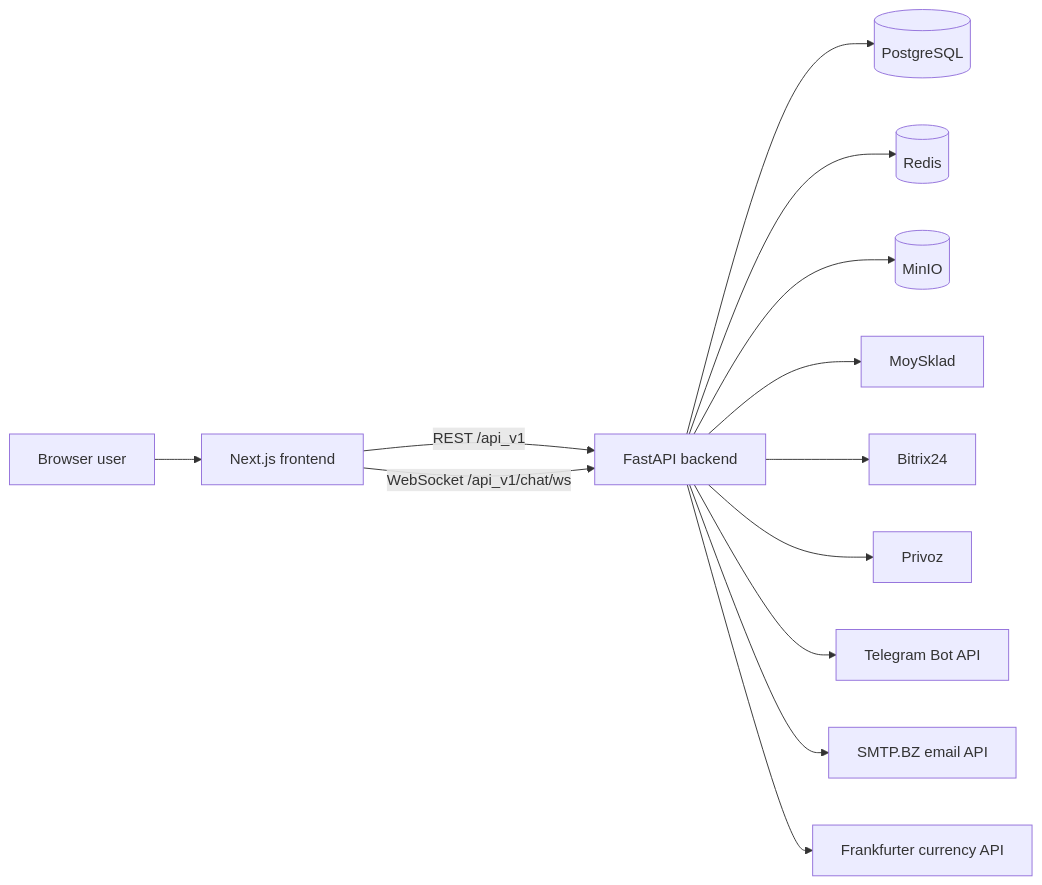
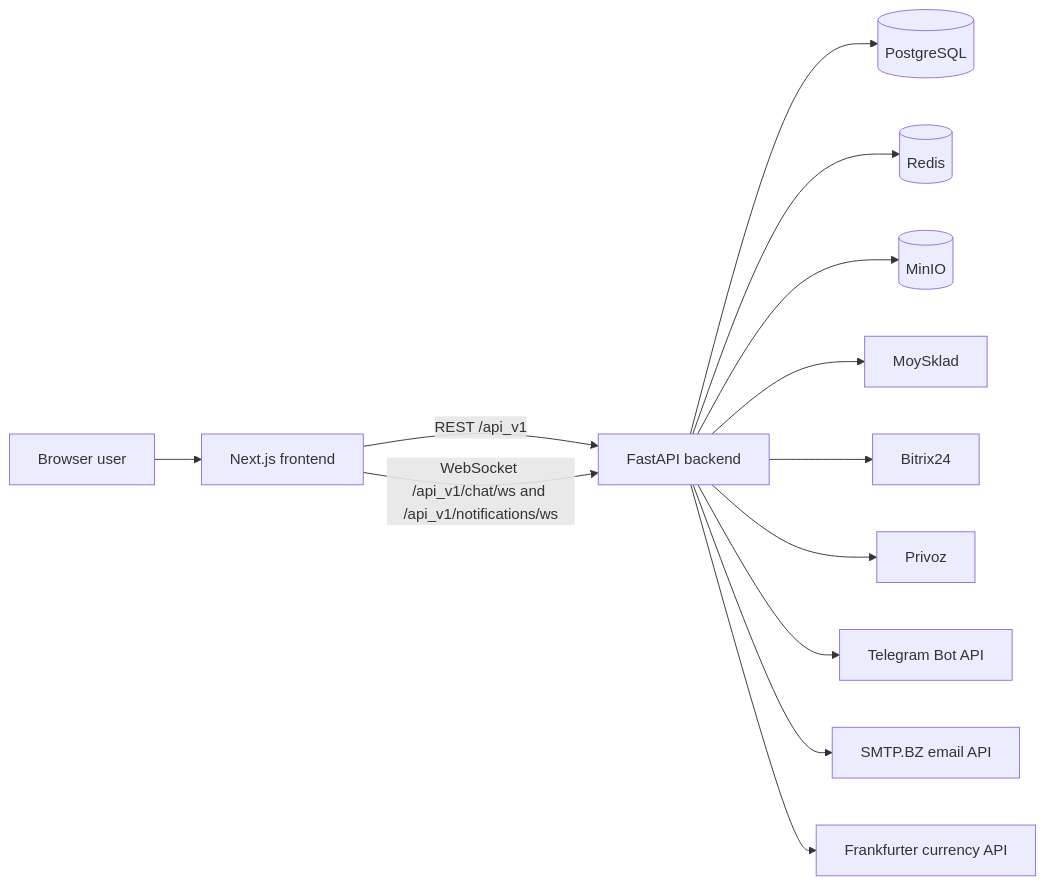
One commit to Sizlik/pix_backend changed the first of 2 diagrams in docs/ARCHITECTURE.md. Above: the diagram before and after it, drawn with Mermaid. The commit also changed other lines of this file and 1 other file, not shown here.

Commit message:
docs: document notification count flow

````diff
--- a/docs/ARCHITECTURE.md
+++ b/docs/ARCHITECTURE.md
@@ -5,15 +5,15 @@
 ```mermaid
 flowchart LR
     U["Browser user"] --> F["Next.js frontend"]
     F -->|"REST /api_v1"| A["FastAPI backend"]
-    F -->|"WebSocket /api_v1/chat/ws"| A
+    F -->|"WebSocket /api_v1/chat/ws and /api_v1/notifications/ws"| A
     A --> P[("PostgreSQL")]
     A --> R[("Redis")]
     A --> S[("MinIO")]
     A --> M["MoySklad"]
     A --> B["Bitrix24"]
     A --> V["Privoz"]
     A --> T["Telegram Bot API"]
     A --> E["SMTP.BZ email API"]
     A --> C["Frankfurter currency API"]
 ```
````
